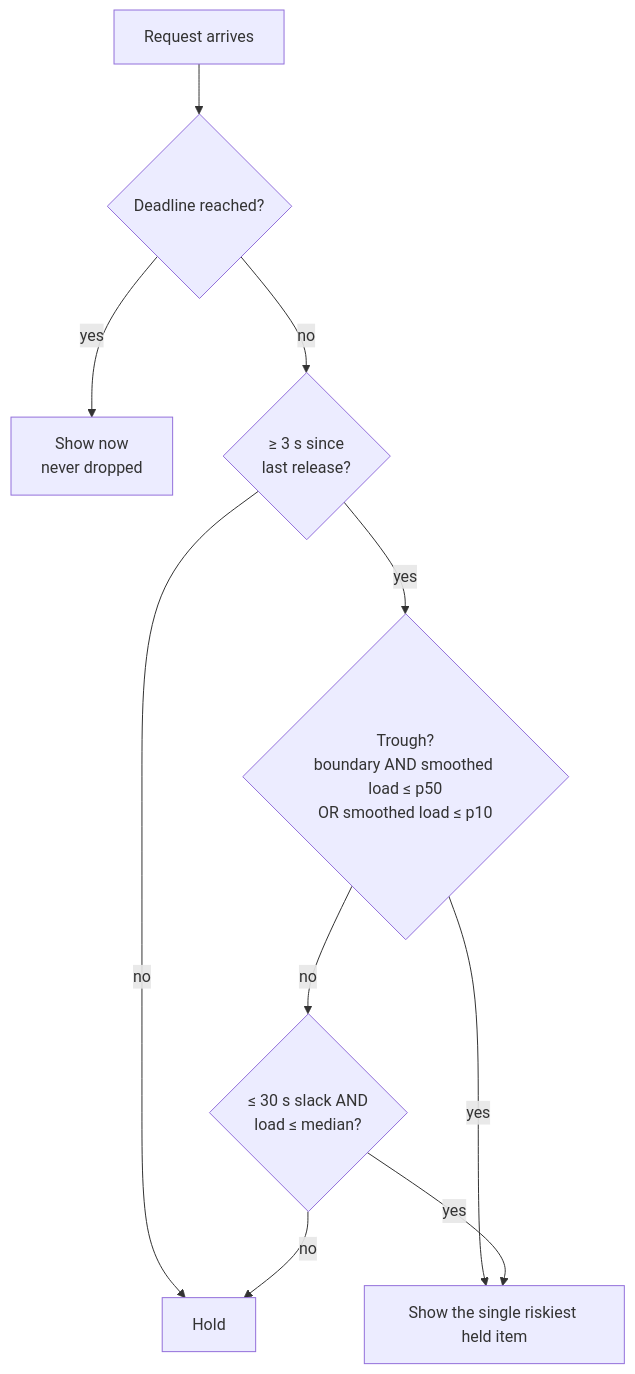
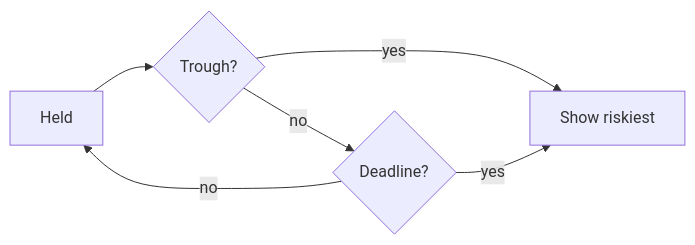
Before and after one commit to sykeriin/neurogate: the second of 2 diagrams in README.md, drawn with Mermaid. The commit also changed other lines of this file and 2 other files, not shown here.

Commit message:
Light bento reviewer UI, fix dropped cards, shorter README

````diff
--- a/README.md
+++ b/README.md
@@ -42,12 +28,8 @@
 ```mermaid
-flowchart TD
-    R[Request arrives] --> D{Deadline reached?}
-    D -- yes --> SHOW[Show now<br/>never dropped]
-    D -- no --> SP{≥ 3 s since<br/>last release?}
-    SP -- no --> WAIT[Hold]
-    SP -- yes --> TR{Trough?<br/>boundary AND smoothed load ≤ p50<br/>OR smoothed load ≤ p10}
-    TR -- yes --> SHOW1[Show the single riskiest held item]
-    TR -- no --> UR{≤ 30 s slack AND<br/>load ≤ median?}
-    UR -- yes --> SHOW1
-    UR -- no --> WAIT
+flowchart LR
+    R[Held] --> T{Trough?}
+    T -- yes --> S[Show riskiest]
+    T -- no --> D{Deadline?}
+    D -- yes --> S
+    D -- no --> R
 ```
````
